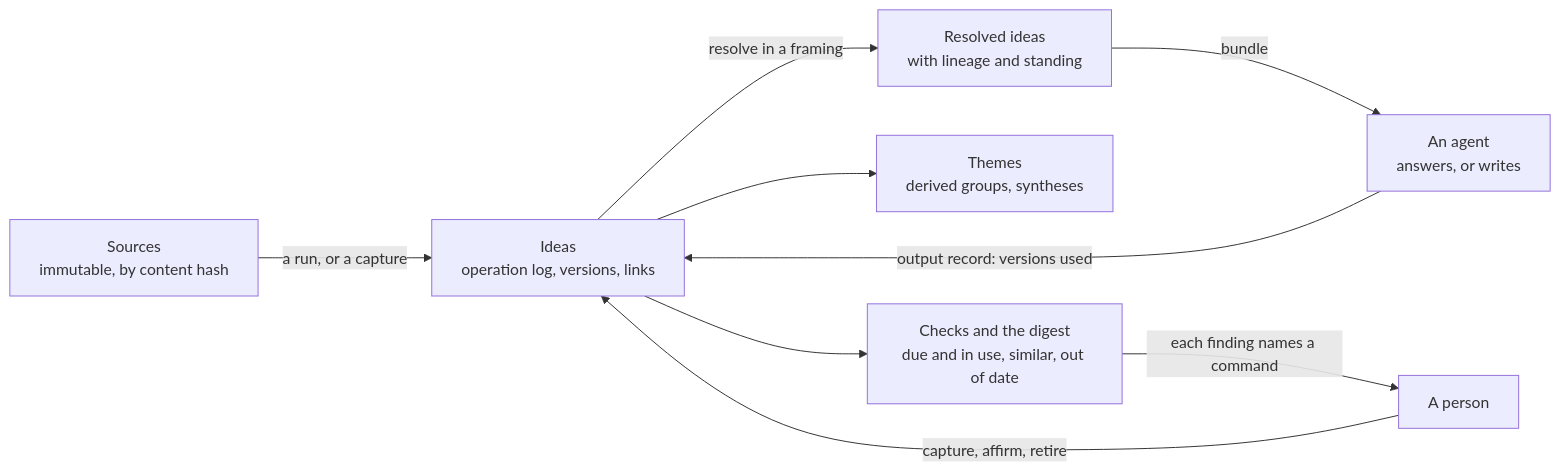
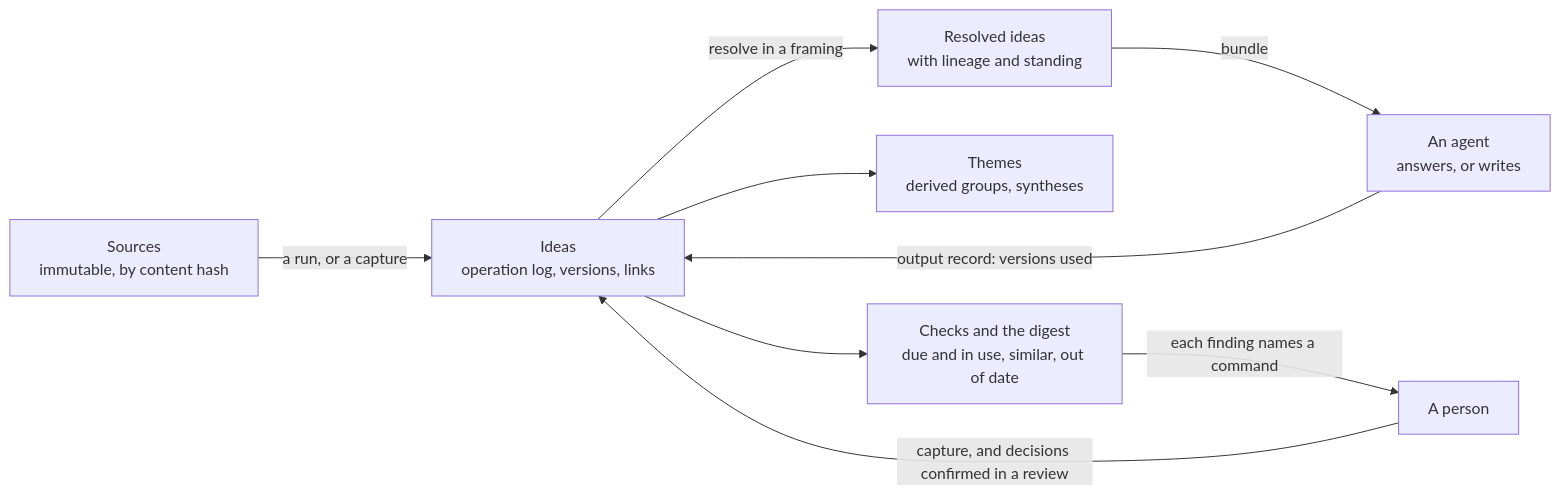
The diagram in docs/features/proposed/ideas/ideas.proposal.md (lushly-dev/afd), drawn with Mermaid before and after one commit. The commit also changed other lines of this file and 27 other files, not shown here.

````diff
--- a/docs/features/proposed/ideas/ideas.proposal.md
+++ b/docs/features/proposed/ideas/ideas.proposal.md
@@ -276,11 +441,11 @@
 ```mermaid
 flowchart LR
     S["Sources<br/>immutable, by content hash"] -->|"a run, or a capture"| I["Ideas<br/>operation log, versions, links"]
-    P["A person"] -->|capture, affirm, retire| I
+    P["A person"] -->|"capture, and decisions confirmed in a review"| I
     I -->|resolve in a framing| R["Resolved ideas<br/>with lineage and standing"]
     R -->|bundle| A["An agent<br/>answers, or writes"]
     A -->|output record: versions used| I
     I --> T["Themes<br/>derived groups, syntheses"]
     I --> H["Checks and the digest<br/>due and in use, similar, out of date"]
     H -->|"each finding names a command"| P
 ```
````
